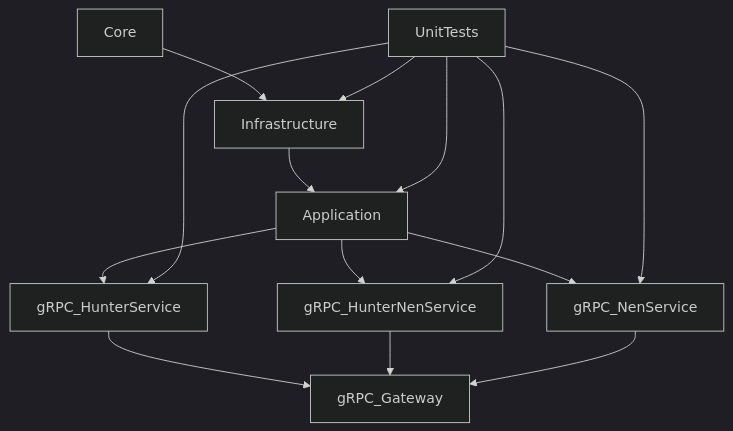
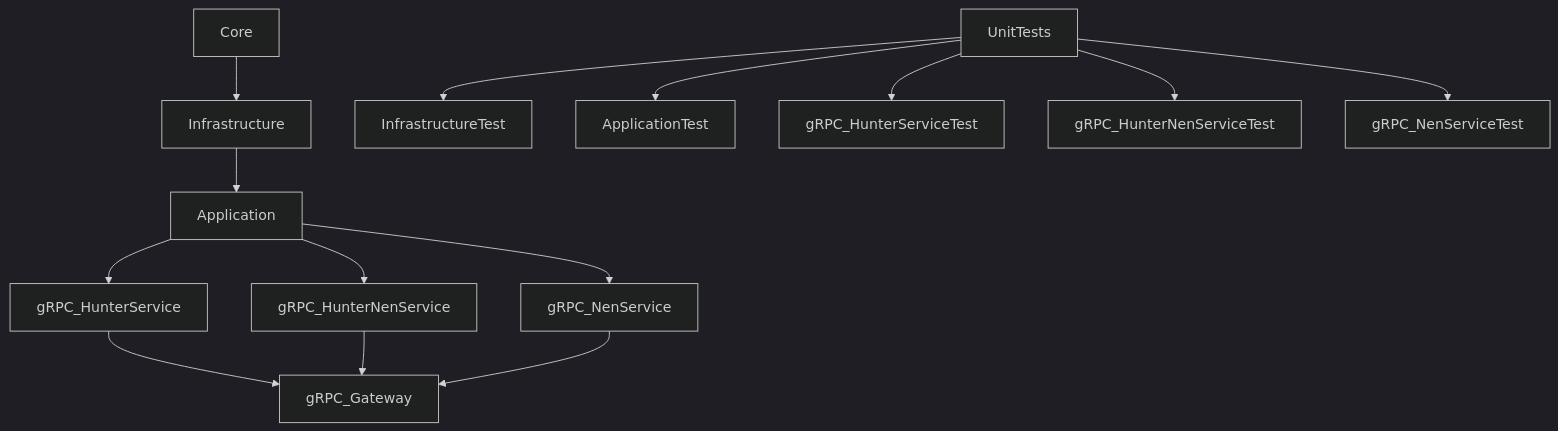
Before and after one commit to TheNefelin/HxH_Microservice_.NETCore: the diagram in README.md, drawn with Mermaid (dark theme).

````diff
--- a/README.md
+++ b/README.md
@@ -4,17 +4,17 @@
 ```mermaid
 graph TD;
     Core --> Infrastructure
     Infrastructure --> Application
     Application --> gRPC_HunterService
     Application --> gRPC_HunterNenService
     Application --> gRPC_NenService
     gRPC_HunterService --> gRPC_Gateway
     gRPC_HunterNenService --> gRPC_Gateway
     gRPC_NenService --> gRPC_Gateway
-    UnitTests --> Infrastructure
-    UnitTests --> Application
-    UnitTests --> gRPC_HunterService
-    UnitTests --> gRPC_HunterNenService
-    UnitTests --> gRPC_NenService
+    UnitTests --> InfrastructureTest
+    UnitTests --> ApplicationTest
+    UnitTests --> gRPC_HunterServiceTest
+    UnitTests --> gRPC_HunterNenServiceTest
+    UnitTests --> gRPC_NenServiceTest
     ;
 ```
````
